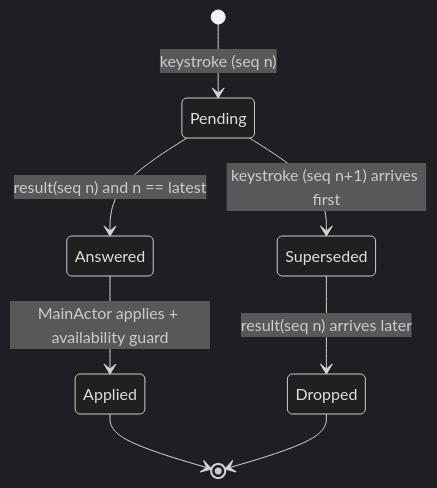
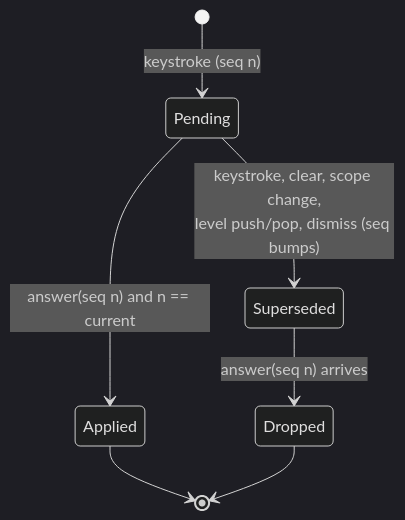
One commit to ShravanSunder/agentstudio changed the fourth of 4 diagrams in docs/specs/2026-09-26-find-search-service/2026-09-26-find-search-service-program-design.md. Above: the diagram before and after it, drawn with Mermaid (dark theme). The commit also changed other lines of this file and 2 other files, not shown here.

````diff
--- a/docs/specs/2026-09-26-find-search-service/2026-09-26-find-search-service-program-design.md
+++ b/docs/specs/2026-09-26-find-search-service/2026-09-26-find-search-service-program-design.md
@@ -182,10 +171,9 @@
 ```mermaid
 stateDiagram-v2
   [*] --> Pending: keystroke (seq n)
-  Pending --> Answered: result(seq n) and n == latest
-  Pending --> Superseded: keystroke (seq n+1) arrives first
-  Superseded --> Dropped: result(seq n) arrives later
-  Answered --> Applied: MainActor applies + availability guard
+  Pending --> Applied: answer(seq n) and n == current
+  Pending --> Superseded: keystroke, clear, scope change,<br/>level push/pop, dismiss (seq bumps)
+  Superseded --> Dropped: answer(seq n) arrives
   Applied --> [*]
   Dropped --> [*]
 ```
````
